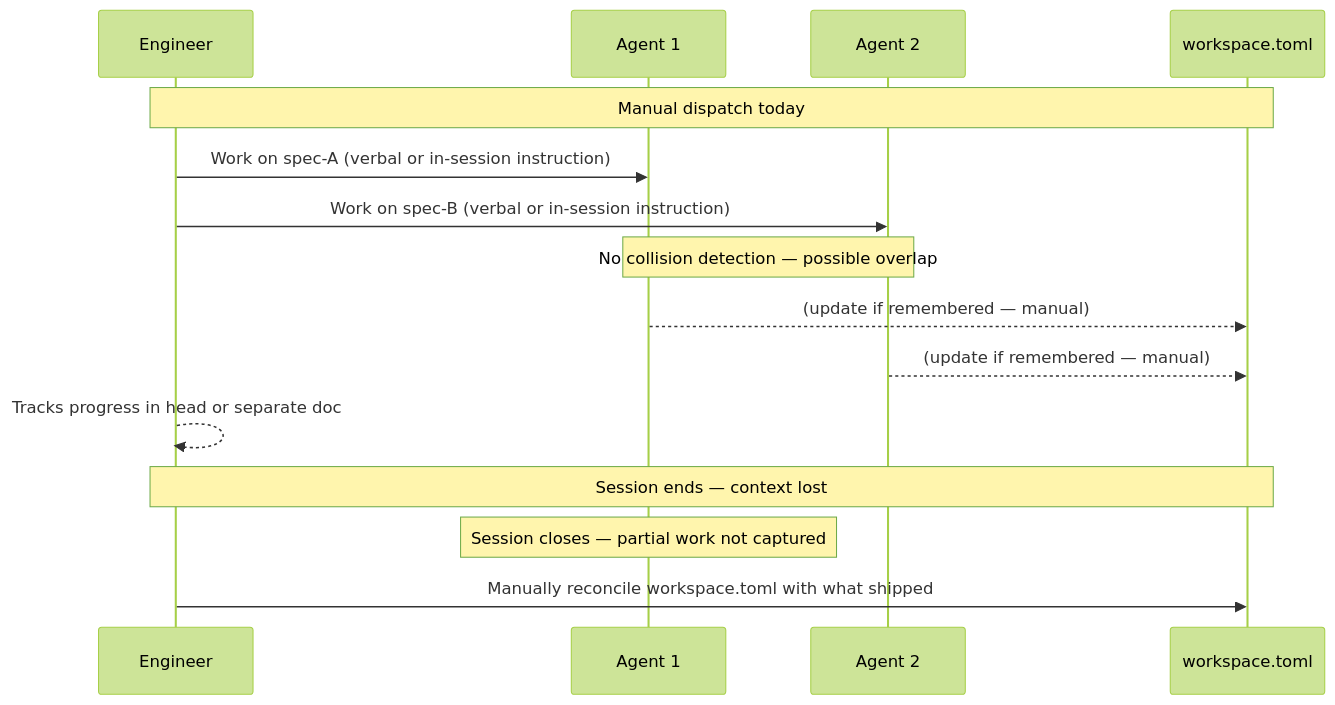
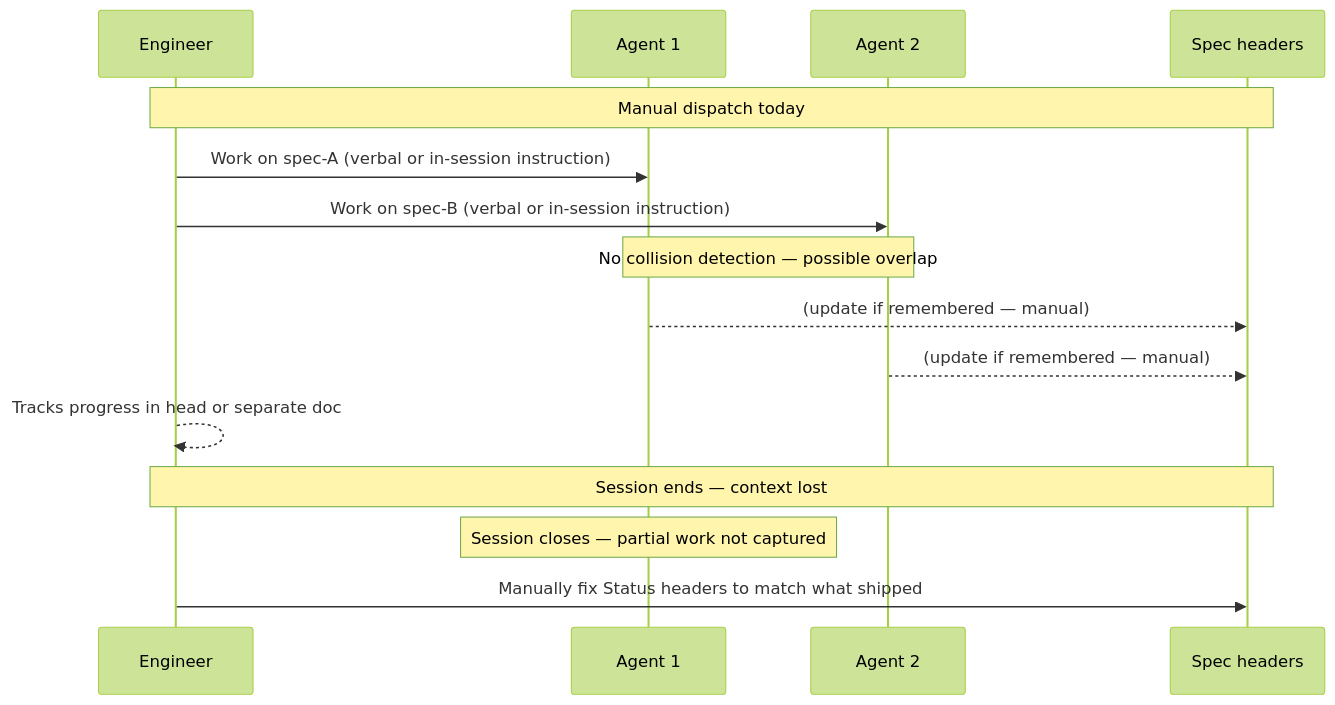
The first of 2 diagrams in docs/product/journeys/engineer-scales-to-swarm.md (eugenelim/agent-ready-repo), drawn with Mermaid (forest theme) before and after one commit. The commit also changed other lines of this file and 213 other files, not shown here.

First line of the commit message:
feat(core): publish the workspace.toml upgrade notes and move every operative reference off the registry (core 4.0.14)

````diff
--- a/docs/product/journeys/engineer-scales-to-swarm.md
+++ b/docs/product/journeys/engineer-scales-to-swarm.md
@@ -60,19 +60,19 @@
 ```mermaid
 sequenceDiagram
     participant H as Engineer
     participant A1 as Agent 1
     participant A2 as Agent 2
-    participant WS as workspace.toml
+    participant WS as Spec headers
 
     Note over H,WS: Manual dispatch today
     H->>A1: Work on spec-A (verbal or in-session instruction)
     H->>A2: Work on spec-B (verbal or in-session instruction)
     Note over A1,A2: No collision detection — possible overlap
     A1-->>WS: (update if remembered — manual)
     A2-->>WS: (update if remembered — manual)
     H-->>H: Tracks progress in head or separate doc
 
     Note over H,WS: Session ends — context lost
     Note over A1: Session closes — partial work not captured
-    H->>WS: Manually reconcile workspace.toml with what shipped
+    H->>WS: Manually fix Status headers to match what shipped
 ```
````
